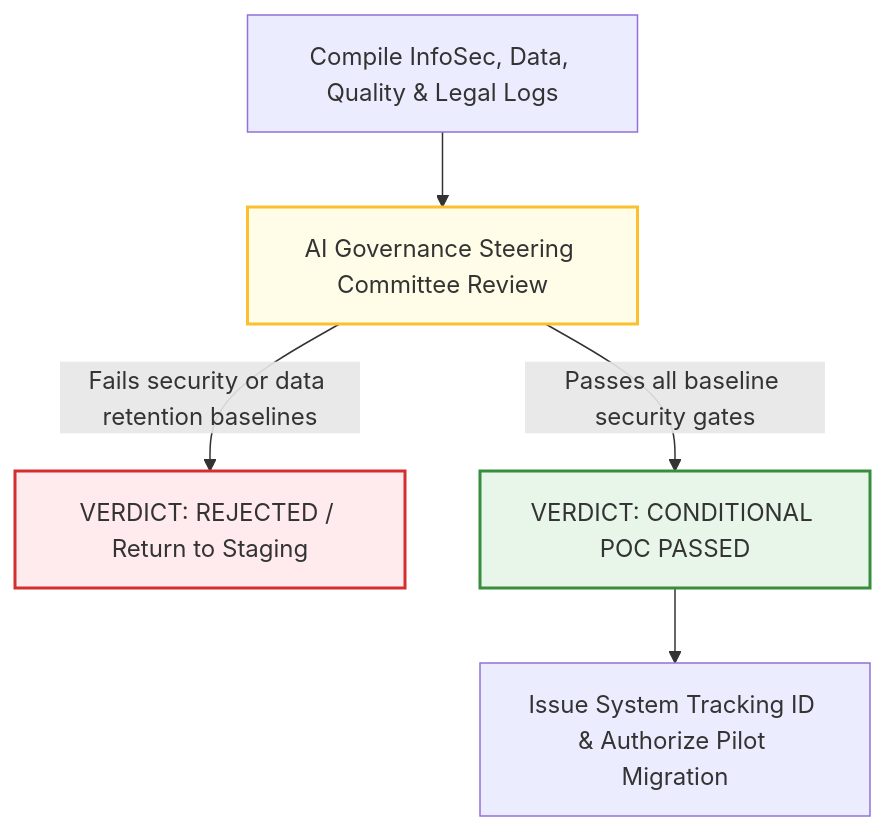
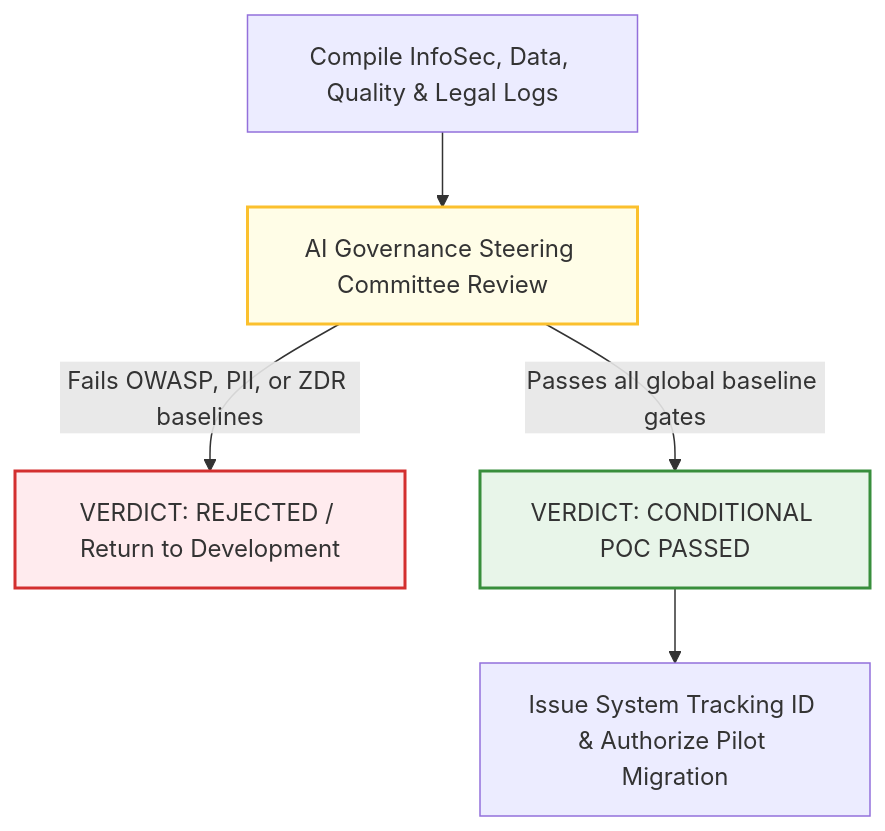
The diagram in 4-operational-toolkits/2-gate-1-poc/README.md (RajatSharma-AIGovernance/ai-governance-portfolio), drawn with Mermaid before and after one commit. The commit also changed other lines of this file, not shown here.

````diff
--- a/4-operational-toolkits/2-gate-1-poc/README.md
+++ b/4-operational-toolkits/2-gate-1-poc/README.md
@@ -42,10 +54,10 @@
 ```mermaid
 graph TD
     A[Compile InfoSec, Data, Quality & Legal Logs] --> B[AI Governance Steering Committee Review]
-    B -->|Fails security or data retention baselines| C[VERDICT: REJECTED / Return to Staging]
-    B -->|Passes all baseline security gates| D[VERDICT: CONDITIONAL POC PASSED]
+    B -->|Fails OWASP, PII, or ZDR baselines| C[VERDICT: REJECTED / Return to Development]
+    B -->|Passes all global baseline gates| D[VERDICT: CONDITIONAL POC PASSED]
     D --> E[Issue System Tracking ID & Authorize Pilot Migration]
     style B fill:#fffde7,stroke:#fbc02d,stroke-width:2px
     style C fill:#ffebee,stroke:#d32f2f,stroke-width:2px
     style D fill:#e8f5e9,stroke:#388e3c,stroke-width:2px
 ```
````
